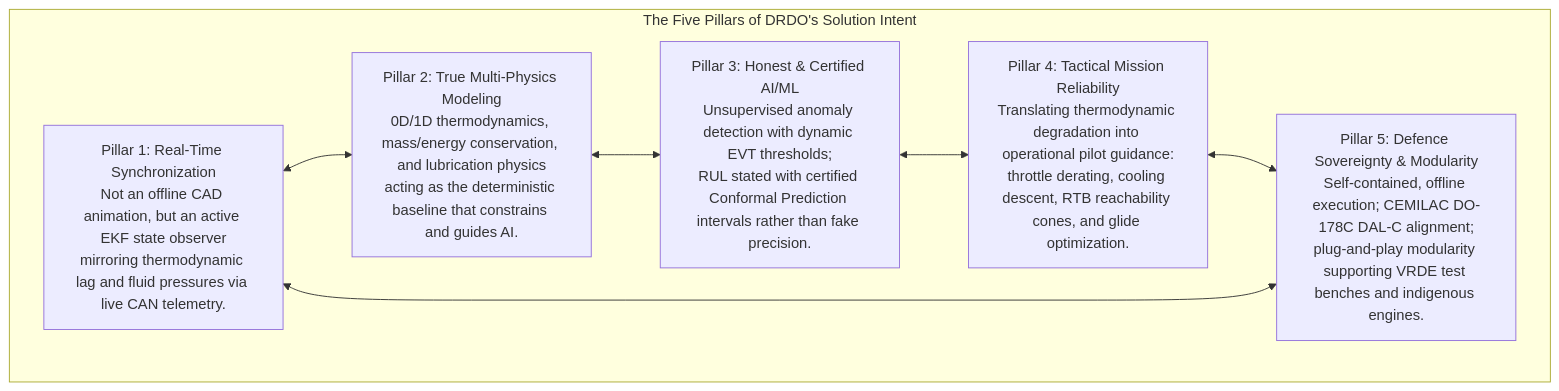
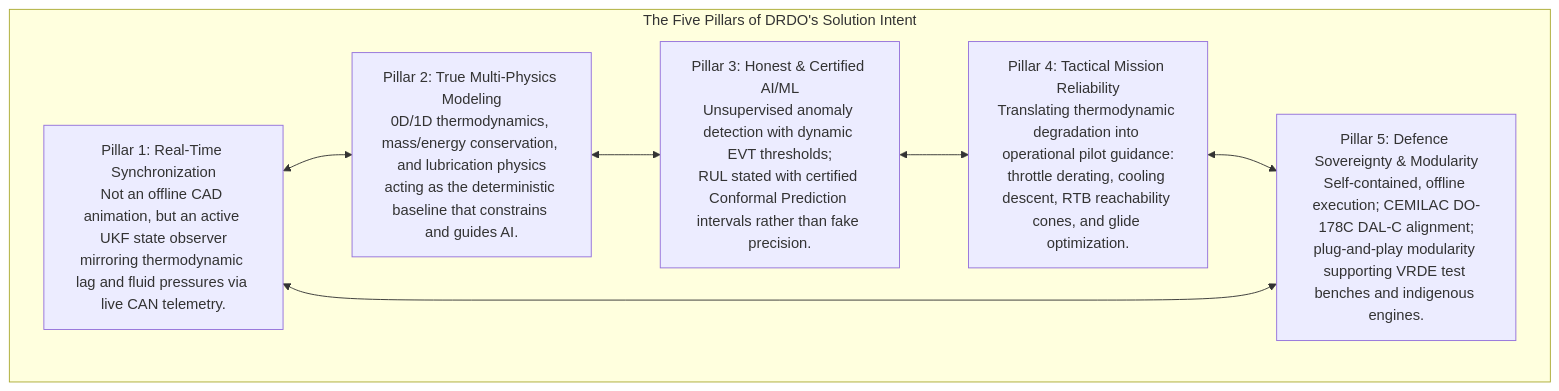
One commit to Aayush-Deshpande/Maverick changed the second of 3 diagrams in docs_site/technical/01-introducing-ps26054.md. Above: the diagram before and after it, drawn with Mermaid. The commit also changed other lines of this file and 9 other files, not shown here.

Commit message:
DOC-05: de-slop and synchronize technical documentation with real 20 Hz multi-physics UKF, SAE J1939 CAN bus, and 3D viewport architecture

````diff
--- a/docs_site/technical/01-introducing-ps26054.md
+++ b/docs_site/technical/01-introducing-ps26054.md
@@ -62,16 +62,16 @@
 ```mermaid
 graph TD
     subgraph CoreDRDOIntent["The Five Pillars of DRDO's Solution Intent"]
-        P1["Pillar 1: Real-Time Synchronization<br/>Not an offline CAD animation, but an active EKF state observer<br/>mirroring thermodynamic lag and fluid pressures via live CAN telemetry."]
+        P1["Pillar 1: Real-Time Synchronization<br/>Not an offline CAD animation, but an active UKF state observer<br/>mirroring thermodynamic lag and fluid pressures via live CAN telemetry."]
         P2["Pillar 2: True Multi-Physics Modeling<br/>0D/1D thermodynamics, mass/energy conservation, and lubrication physics<br/>acting as the deterministic baseline that constrains and guides AI."]
         P3["Pillar 3: Honest & Certified AI/ML<br/>Unsupervised anomaly detection with dynamic EVT thresholds;<br/>RUL stated with certified Conformal Prediction intervals rather than fake precision."]
         P4["Pillar 4: Tactical Mission Reliability<br/>Translating thermodynamic degradation into operational pilot guidance:<br/>throttle derating, cooling descent, RTB reachability cones, and glide optimization."]
         P5["Pillar 5: Defence Sovereignty & Modularity<br/>Self-contained, offline execution; CEMILAC DO-178C DAL-C alignment;<br/>plug-and-play modularity supporting VRDE test benches and indigenous engines."]
 
         P1 <--> P2
         P2 <--> P3
         P3 <--> P4
         P4 <--> P5
         P5 <--> P1
     end
 ```
````
